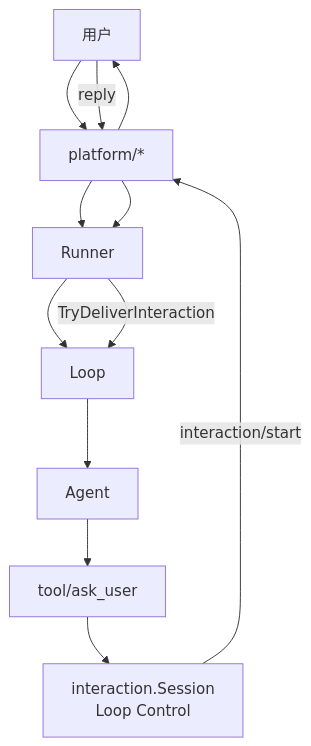
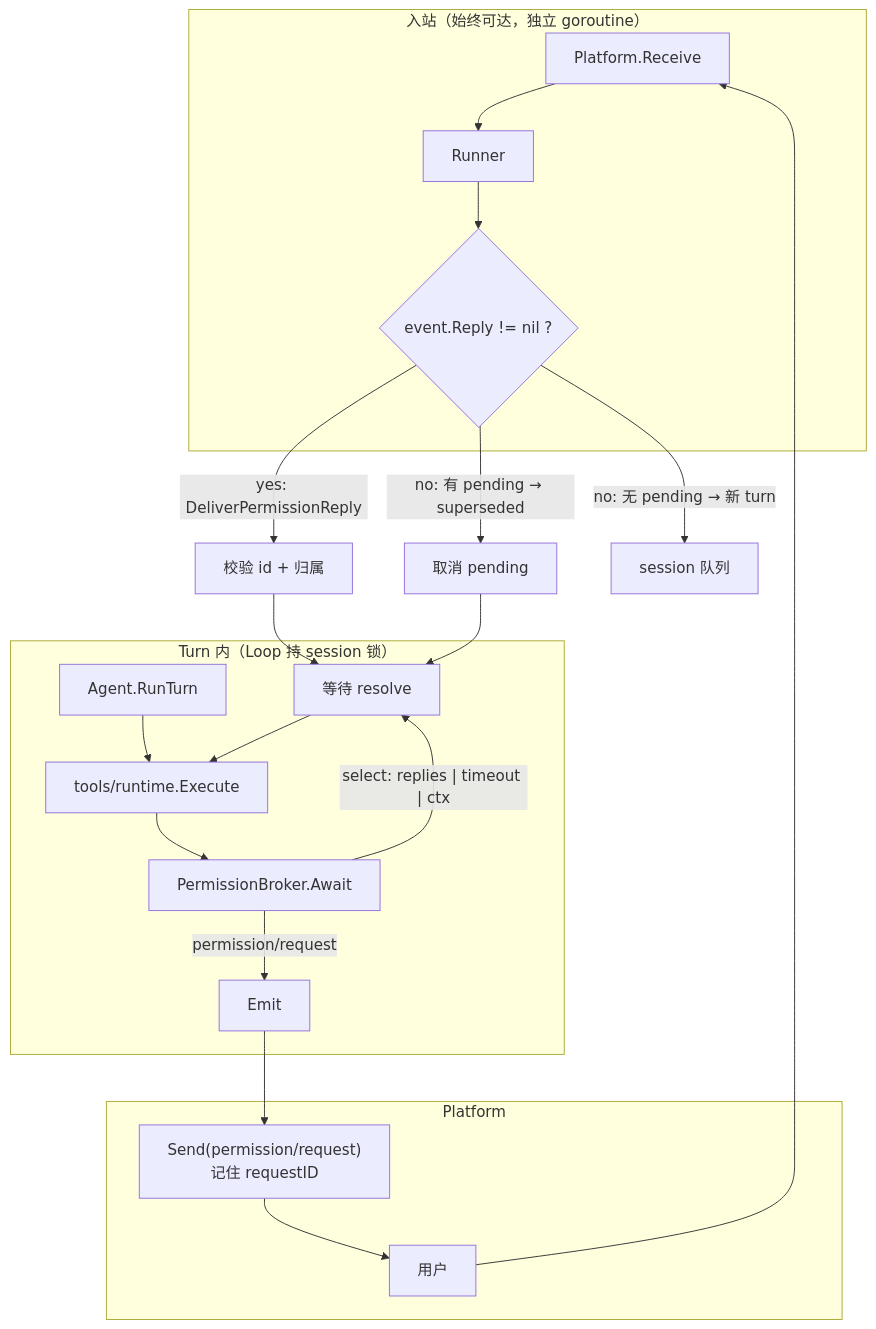
The first of 3 diagrams in docs/platform-interaction.zh.md (lengzhao/agentkit), drawn with Mermaid before and after one commit. The commit also changed other lines of this file and 3 other files, not shown here.

````diff
--- a/docs/platform-interaction.zh.md
+++ b/docs/platform-interaction.zh.md
@@ -9,14 +41,33 @@
 ```mermaid
 flowchart TB
-  User["用户"] --> Platform["platform/*"]
-  Platform --> Runner
-  Runner --> Loop
-  Loop --> Agent
-  Agent --> Tool["tool/ask_user"]
-  Tool --> SessionCtrl["interaction.Session<br/>Loop Control"]
-  SessionCtrl -->|"interaction/start"| Platform
-  Platform --> User
-  User -->|"reply"| Platform
-  Platform --> Runner
-  Runner -->|"TryDeliverInteraction"| Loop
+    subgraph inbound["入站（始终可达，独立 goroutine）"]
+        Rcv["Platform.Receive"]
+        Runner["Runner"]
+        TD{"event.Reply != nil ?"}
+        Rcv --> Runner --> TD
+    end
+
+    subgraph turn["Turn 内（Loop 持 session 锁）"]
+        Agent["Agent.RunTurn"]
+        TR["tools/runtime.Execute"]
+        Broker["PermissionBroker.Await"]
+        Agent --> TR --> Broker
+        Broker -->|"permission/request"| Emit
+        Broker -->|"select: replies | timeout | ctx"| Wait["等待 resolve"]
+    end
+
+    subgraph platform["Platform"]
+        Send["Send(permission/request)<br/>记住 requestID"]
+        User["用户"]
+        Send --> User
+        User --> Rcv
+    end
+
+    Emit --> Send
+    TD -->|"yes: DeliverPermissionReply"| Resolve["校验 id + 归属"]
+    TD -->|"no: 有 pending → superseded"| Cancel["取消 pending"]
+    TD -->|"no: 无 pending → 新 turn"| Queue["session 队列"]
+    Resolve --> Wait
+    Cancel --> Wait
+    Wait --> TR
 ```
````
